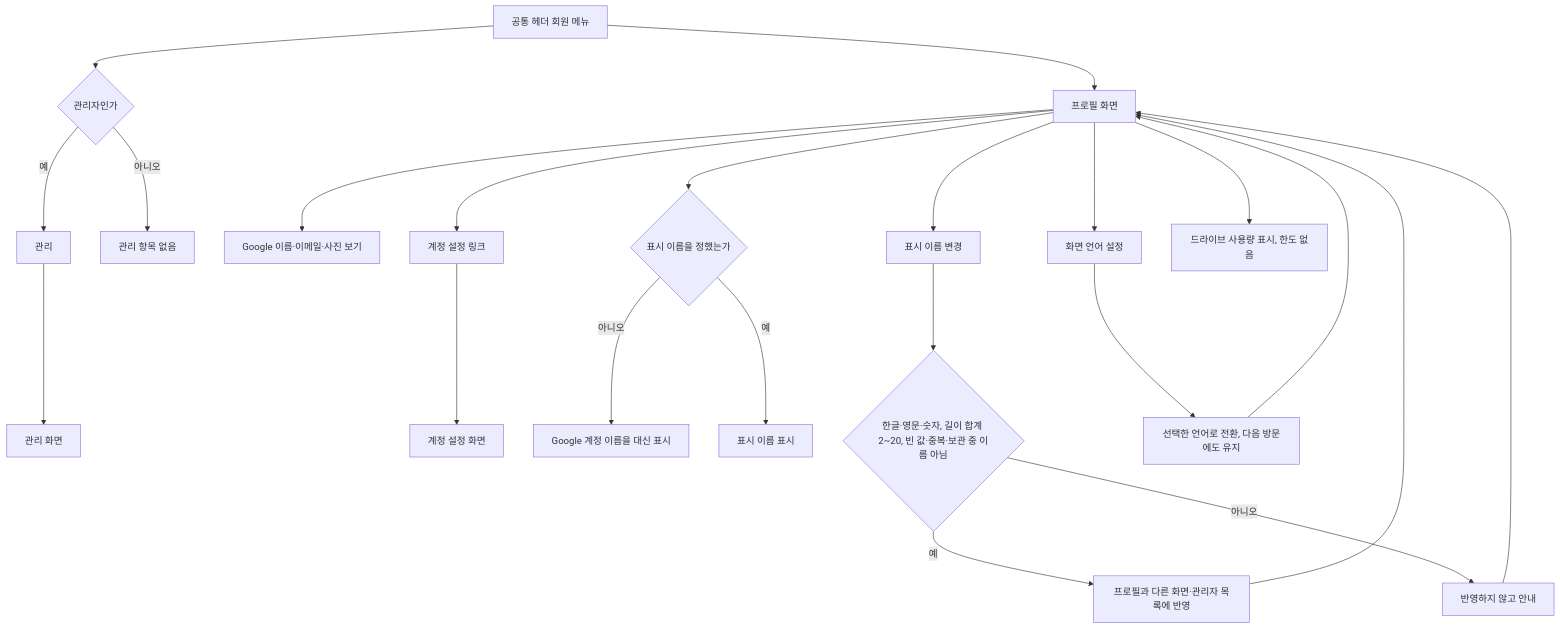
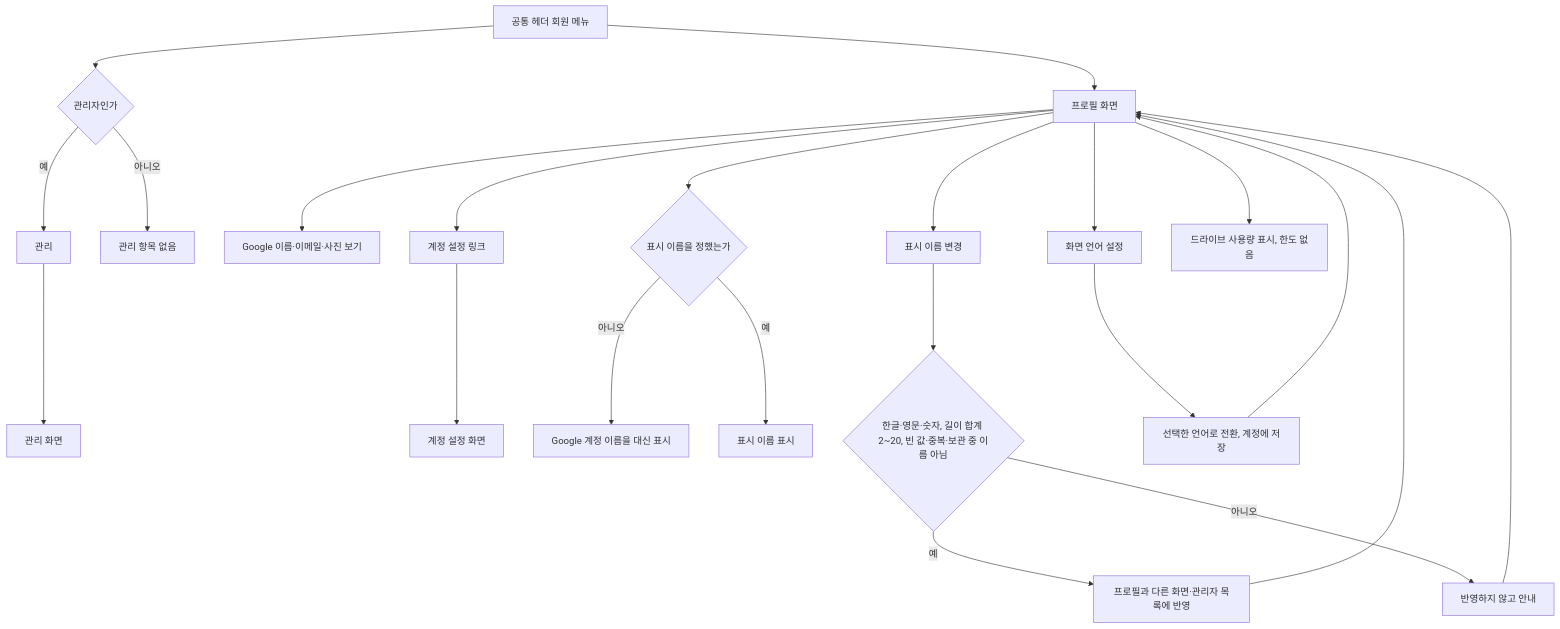
The seventh of 7 diagrams in docs/01-planning/user-flow/UF.md (HoBaeBang/naruworks-platform), drawn with Mermaid before and after one commit. The commit also changed other lines of this file and 25 other files, not shown here.

````diff
--- a/docs/01-planning/user-flow/UF.md
+++ b/docs/01-planning/user-flow/UF.md
@@ -410,24 +415,24 @@
 ```mermaid
 flowchart TD
   header["공통 헤더 회원 메뉴"] --> profile["프로필 화면"]
   header --> adminOnly{"관리자인가"}
   adminOnly -->|"예"| adminItem["관리"]
   adminOnly -->|"아니오"| noAdmin["관리 항목 없음"]
   adminItem --> adminHome["관리 화면"]
   profile --> googleInfo["Google 이름·이메일·사진 보기"]
   profile --> settingsLink["계정 설정 링크"]
   settingsLink --> settings["계정 설정 화면"]
   profile --> nameState{"표시 이름을 정했는가"}
   nameState -->|"아니오"| googleAlias["Google 계정 이름을 대신 표시"]
   nameState -->|"예"| showName["표시 이름 표시"]
   profile --> rename["표시 이름 변경"]
   rename --> nameCheck{"한글·영문·숫자, 길이 합계 2~20, 빈 값·중복·보관 중 이름 아님"}
   nameCheck -->|"예"| saved["프로필과 다른 화면·관리자 목록에 반영"]
   saved --> profile
   nameCheck -->|"아니오"| nameFail["반영하지 않고 안내"]
   nameFail --> profile
   profile --> langSet["화면 언어 설정"]
-  langSet --> switched["선택한 언어로 전환, 다음 방문에도 유지"]
+  langSet --> switched["선택한 언어로 전환, 계정에 저장"]
   switched --> profile
   profile --> usage["드라이브 사용량 표시, 한도 없음"]
 ```
````
